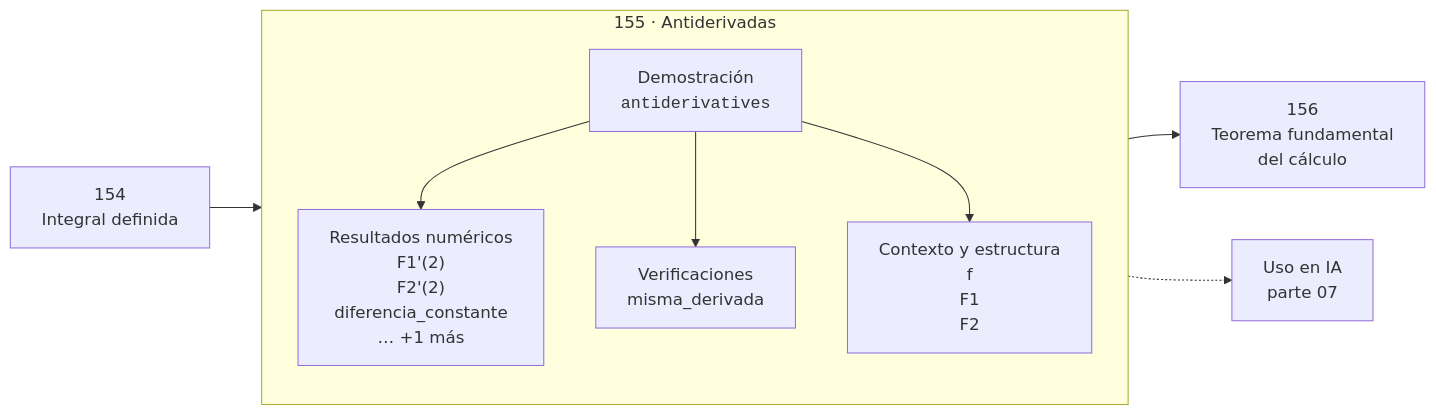
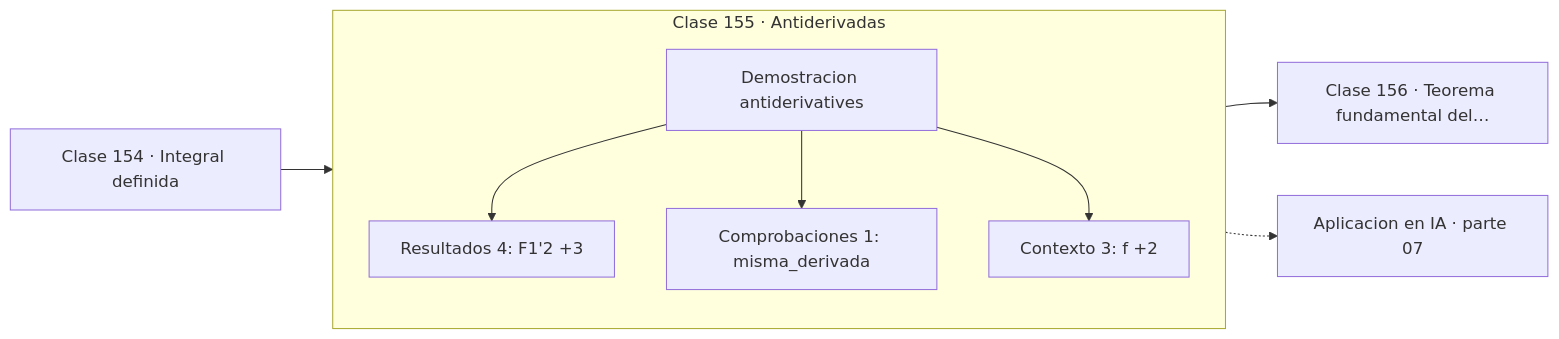
The diagram in classes/part-07-calculo-diferencial-e-integral/155-antiderivadas/README.md (vladimiracunadev-create/computational-mathematics-program), drawn with Mermaid before and after one commit. The commit also changed 389 other files, not shown here.

First line of the commit message:
fix(diagramas): elimina el HTML de las etiquetas Mermaid

````diff
--- a/classes/part-07-calculo-diferencial-e-integral/155-antiderivadas/README.md
+++ b/classes/part-07-calculo-diferencial-e-integral/155-antiderivadas/README.md
@@ -30,12 +30,13 @@
 ```mermaid
 flowchart LR
-    P["154<br/>Integral definida"] --> C
-    subgraph C["155 · Antiderivadas"]
+    P["Clase 154 · Integral definida"] --> D
+    subgraph CLASE["Clase 155 · Antiderivadas"]
         direction TB
-        D["Demostración<br/><code>antiderivatives</code>"] --> R["Resultados numéricos<br/>F1'(2)<br/>F2'(2)<br/>diferencia_constante<br/>… +1 más"]
-        D --> V["Verificaciones<br/>misma_derivada"]
-        D --> O["Contexto y estructura<br/>f<br/>F1<br/>F2"]
+        D["Demostracion antiderivatives"]
+        D --> R["Resultados 4: F1'2 +3"]
+        D --> V["Comprobaciones 1: misma_derivada"]
+        D --> O["Contexto 3: f +2"]
     end
-    C --> N["156<br/>Teorema fundamental<br/>del cálculo"]
-    C -.-> IA["Uso en IA<br/>parte 07"]
+    R --> N["Clase 156 · Teorema fundamental del…"]
+    V -.-> IA["Aplicacion en IA · parte 07"]
 ```
````
